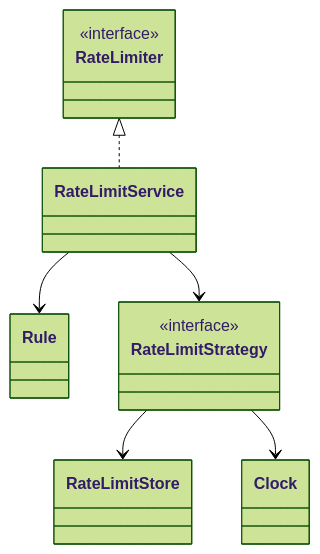
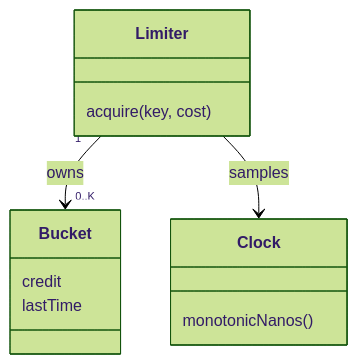
Before and after one commit to Anilinfo2015/anilinfo2015.github.io: the diagram in low-level-design/rate-limiter.md, drawn with Mermaid (forest theme). The commit also changed other lines of this file and 58 other files, not shown here.

````diff
--- a/low-level-design/rate-limiter.md
+++ b/low-level-design/rate-limiter.md
@@ -74,18 +24,15 @@
 ```mermaid
 classDiagram
-    class RateLimiter {
-        <<interface>>
+    class Limiter {
+        acquire(key, cost)
     }
-    class RateLimitService
-    class Rule
-    class RateLimitStrategy {
-        <<interface>>
+    class Bucket {
+        credit
+        lastTime
     }
-    class RateLimitStore
-    class Clock
-    RateLimiter <|.. RateLimitService
-    RateLimitService --> Rule
-    RateLimitService --> RateLimitStrategy
-    RateLimitStrategy --> RateLimitStore
-    RateLimitStrategy --> Clock
+    class Clock {
+        monotonicNanos()
+    }
+    Limiter "1" --> "0..K" Bucket : owns
+    Limiter --> Clock : samples
 ```
````
